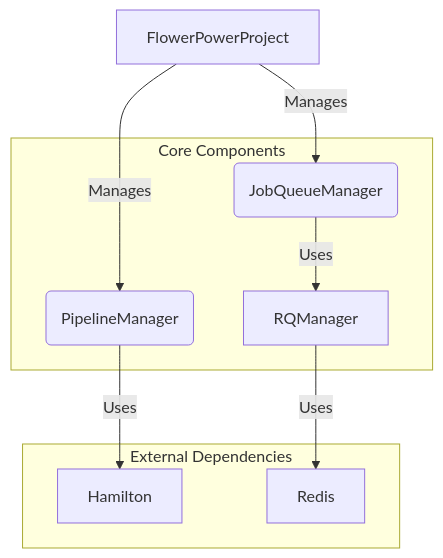
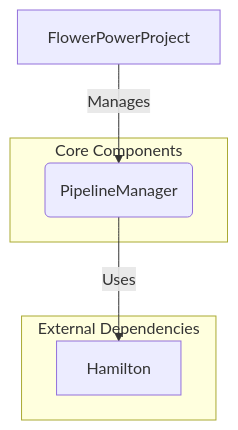
Before and after one commit to legout/flowerpower: the diagram in docs/mkdocs/docs/architecture.md, drawn with Mermaid. The commit also changed other lines of this file and 45 other files, not shown here.

First line of the commit message:
feat(architecture): remove built-in job queue functionality

````diff
--- a/docs/mkdocs/docs/architecture.md
+++ b/docs/mkdocs/docs/architecture.md
@@ -20,19 +19,13 @@
 ```mermaid
 graph TD
     A[FlowerPowerProject] -->|Manages| B(PipelineManager)
-    A -->|Manages| C(JobQueueManager)
-    B -->|Uses| D[Hamilton]
-    C -->|Uses| E[RQManager]
-    E -->|Uses| F[Redis]
+    B -->|Uses| C[Hamilton]
 
     subgraph "Core Components"
         B
-        C
-        E
     end
 
     subgraph "External Dependencies"
-        D
-        F
+        C
     end
 ```
````
